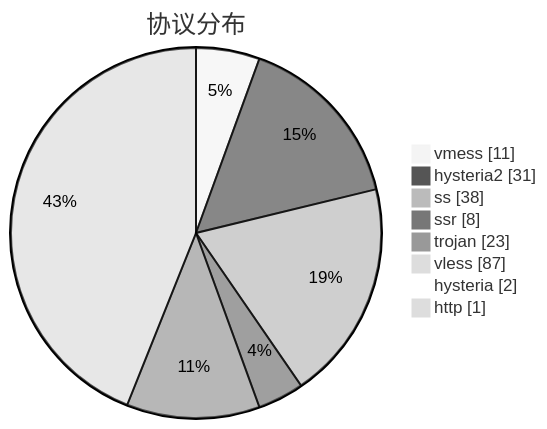
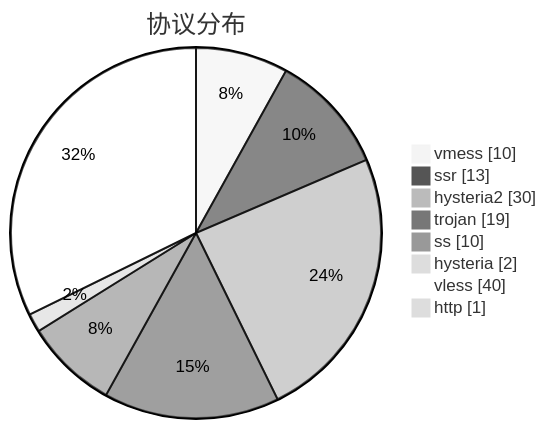
The third of 3 diagrams in subs/statistics/tested_within.md (sinspired/airport), drawn with Mermaid (neutral theme) before and after one commit. The commit also changed other lines of this file and 2 other files, not shown here.

````diff
--- a/subs/statistics/tested_within.md
+++ b/subs/statistics/tested_within.md
@@ -35,12 +32,12 @@
 ```mermaid
 pie showData
 title 协议分布
-"vmess" : 11
-"hysteria2" : 31
-"ss" : 38
-"ssr" : 8
-"trojan" : 23
-"vless" : 87
+"vmess" : 10
+"ssr" : 13
+"hysteria2" : 30
+"trojan" : 19
+"ss" : 10
 "hysteria" : 2
+"vless" : 40
 "http" : 1
 ```
````
